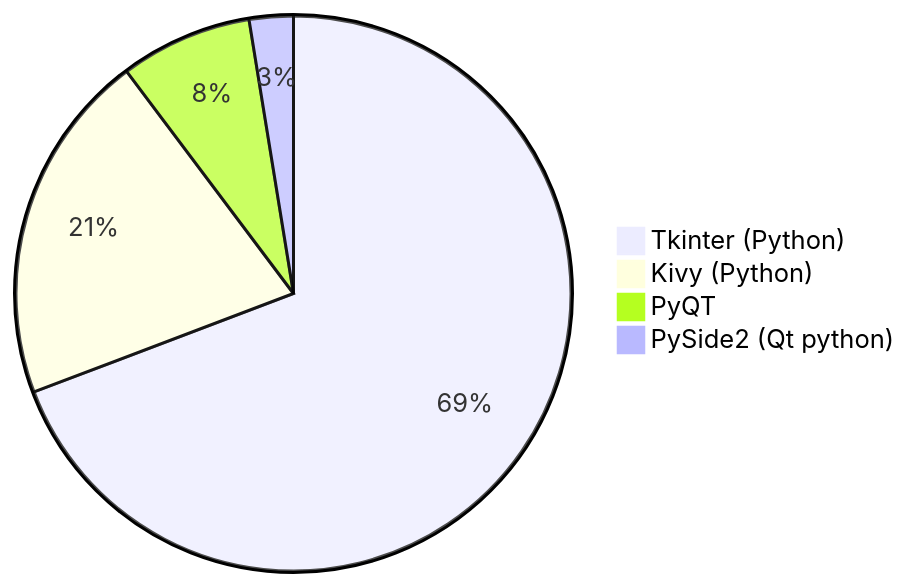
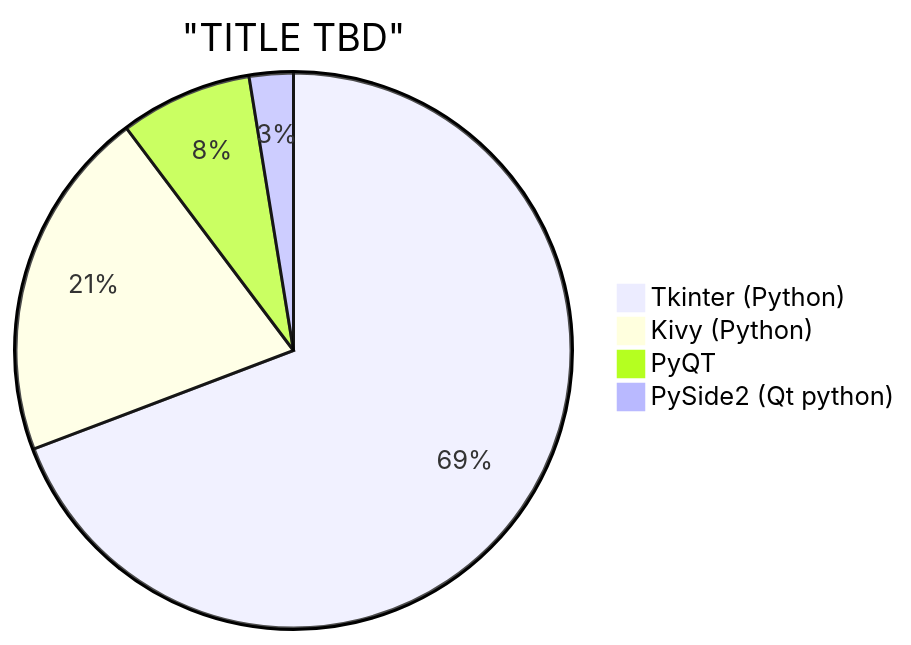
Before and after one commit to Fcmam5/state-of-dz-swe-2024: the sixth of 16 diagrams in website/docs/insights/technology-trends.md, drawn with Mermaid. The commit also changed other lines of this file, not shown here.

````diff
--- a/website/docs/insights/technology-trends.md
+++ b/website/docs/insights/technology-trends.md
@@ -107,7 +107,8 @@
 ```mermaid
 pie
+    title "TITLE TBD"
     "Tkinter (Python)" : 27
     "Kivy (Python)" : 8
     "PyQT": 3
     "PySide2 (Qt python)": 1
 ```
````
